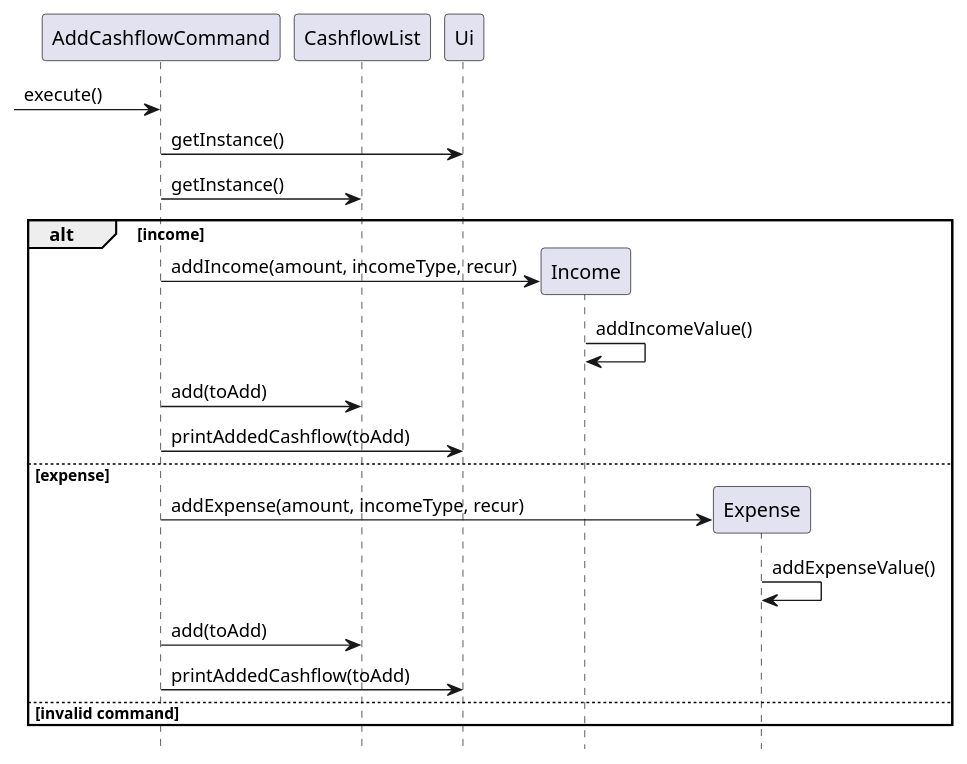
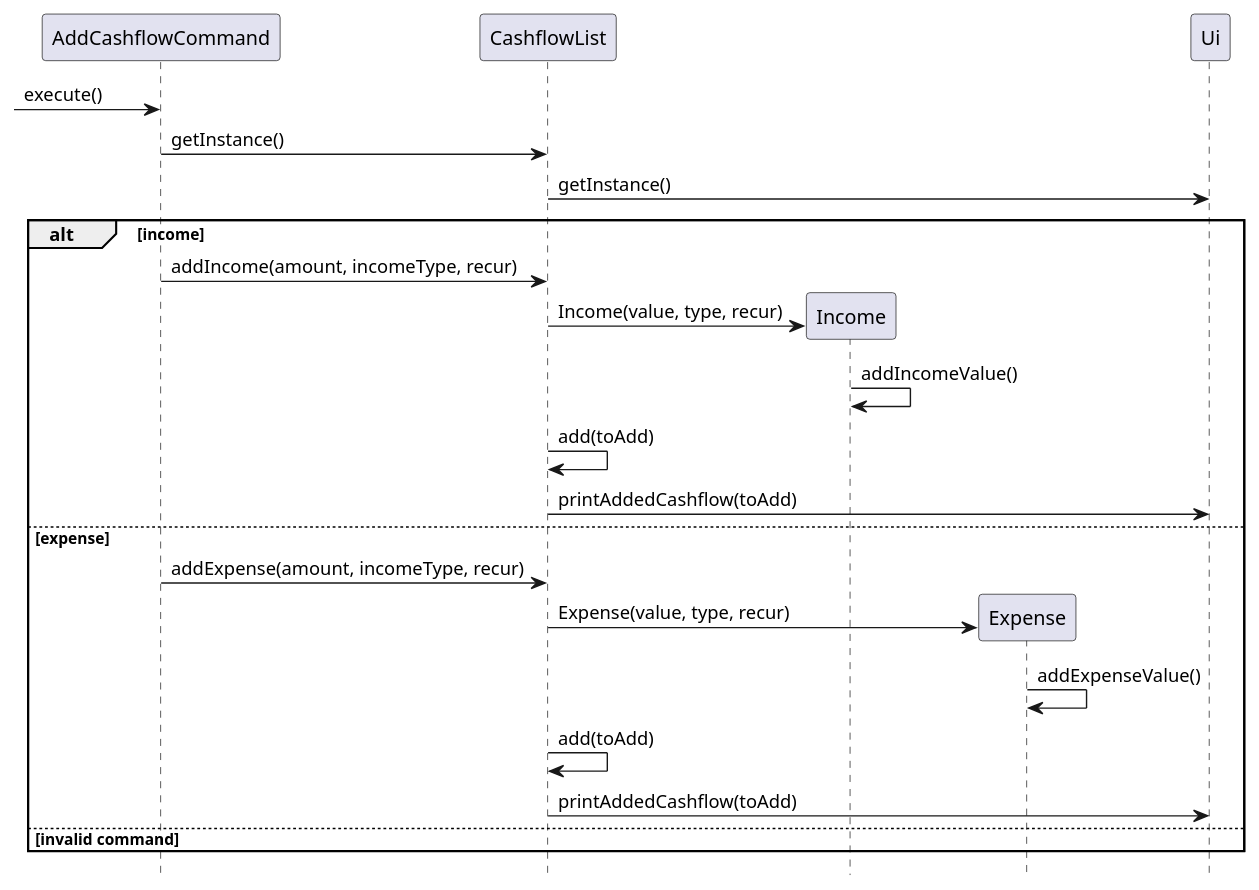
The diagram in docs/AddCashflowSequence.puml (nus-cs2113-AY2324S1/tp), drawn with PlantUML before and after one commit. The commit also changed 1 other file, not shown here.

Commit message:
Update sequence

```diff
--- a/docs/AddCashflowSequence.puml
+++ b/docs/AddCashflowSequence.puml
@@ -1,28 +1,31 @@
 @startuml
 
 participant AddCashflowCommand
 participant CashflowList
-participant Ui
 participant Income
 participant Expense
+participant Ui
 
 -> AddCashflowCommand: execute()
-AddCashflowCommand -> Ui: getInstance()
 AddCashflowCommand -> CashflowList: getInstance()
+CashflowList -> Ui: getInstance()
 alt income
+    AddCashflowCommand -> CashflowList: addIncome(amount, incomeType, recur)
     create Income
-    AddCashflowCommand -> Income: addIncome(amount, incomeType, recur)
+    CashflowList -> Income: Income(value, type, recur)
     Income -> Income: addIncomeValue()
-    AddCashflowCommand -> CashflowList: add(toAdd)
-    AddCashflowCommand -> Ui: printAddedCashflow(toAdd)
+    CashflowList -> CashflowList: add(toAdd)
+    CashflowList -> Ui: printAddedCashflow(toAdd)
+
 else expense
+    AddCashflowCommand -> CashflowList: addExpense(amount, incomeType, recur)
     create Expense
-    AddCashflowCommand -> Expense: addExpense(amount, incomeType, recur)
+    CashflowList -> Expense: Expense(value, type, recur)
     Expense -> Expense: addExpenseValue()
-    AddCashflowCommand -> CashflowList: add(toAdd)
-    AddCashflowCommand -> Ui: printAddedCashflow(toAdd)
+    CashflowList -> CashflowList: add(toAdd)
+    CashflowList -> Ui: printAddedCashflow(toAdd)
 else invalid command
 end
 
 hide footbox
 @enduml
```
